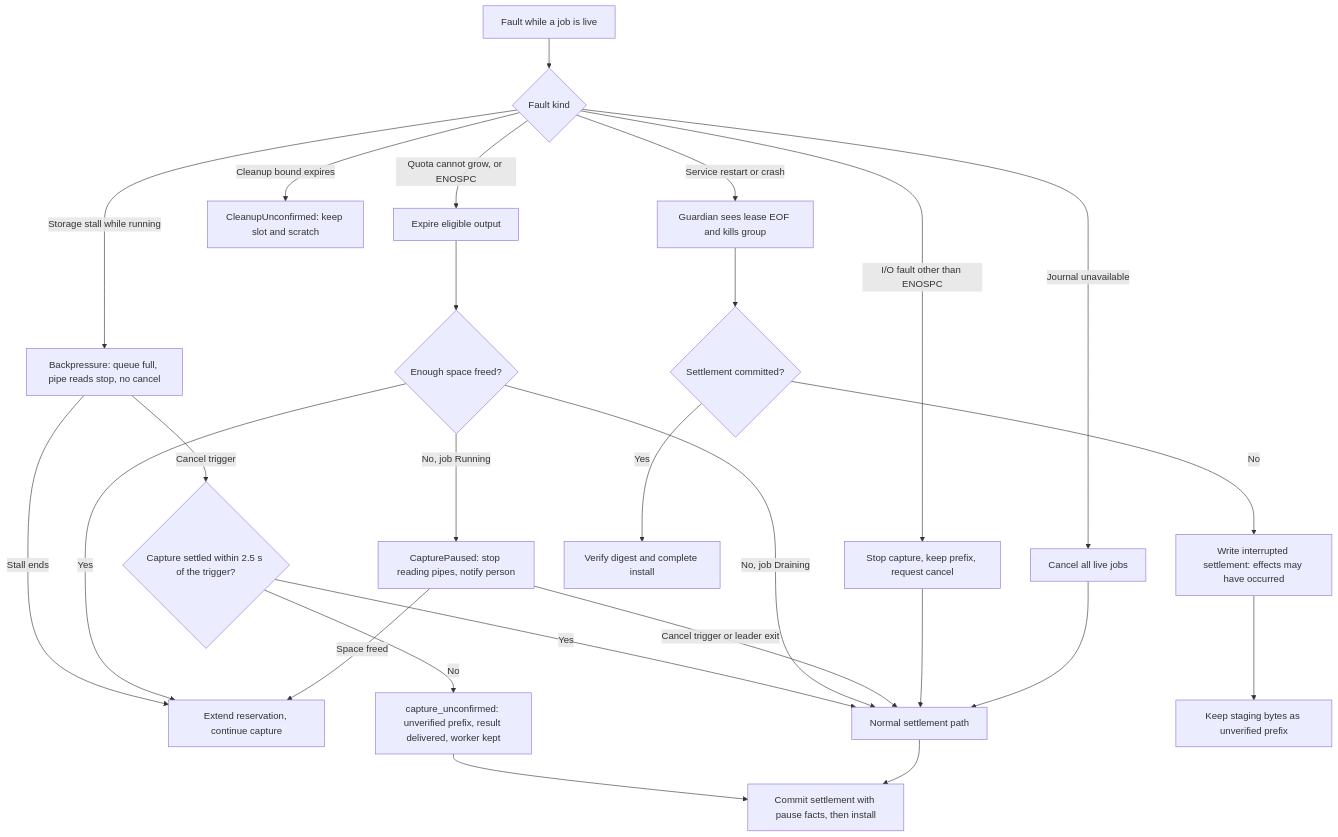
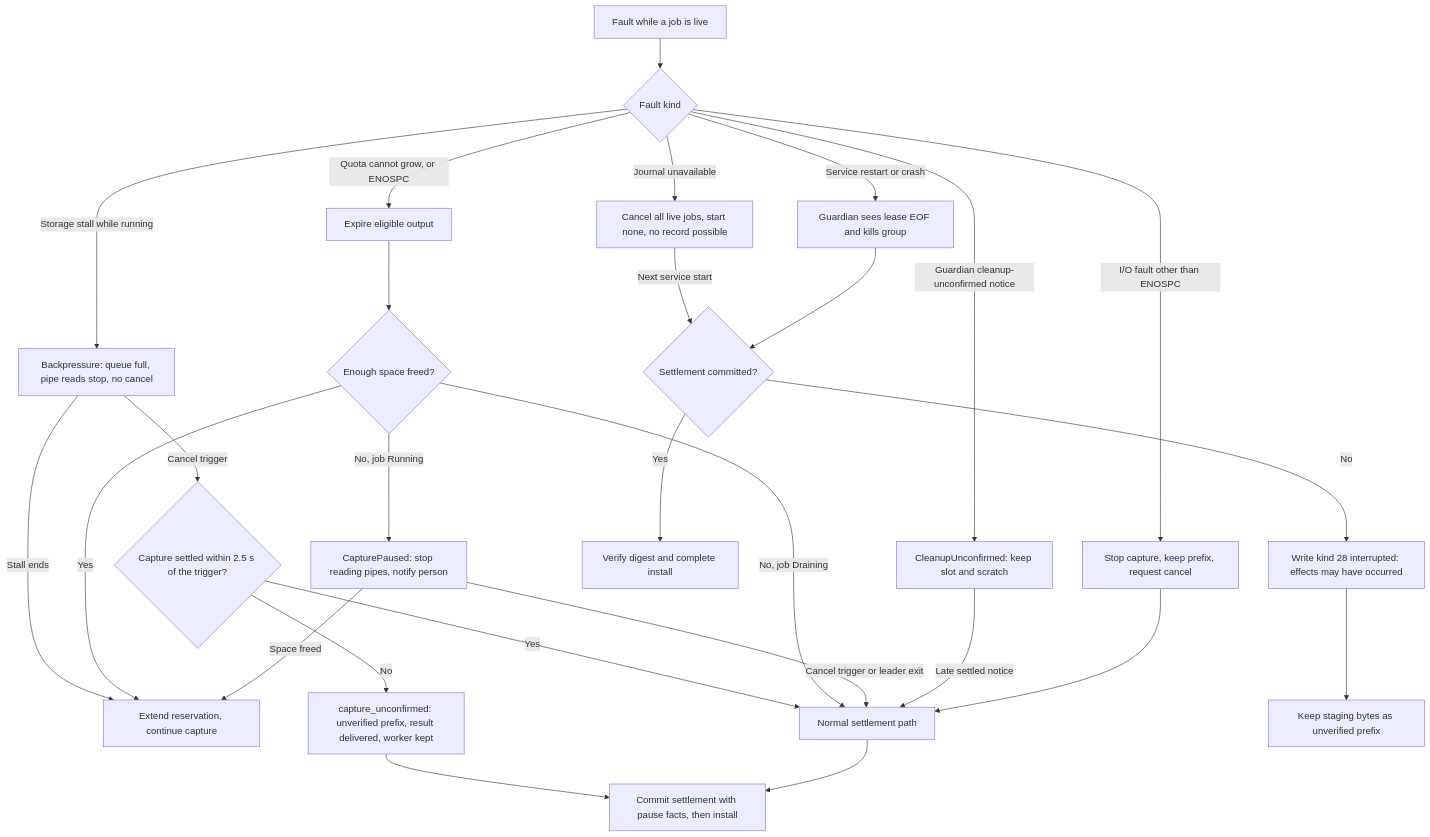
The fifth of 15 diagrams in docs/designs/tool-job-controller.md (pidster/asura), drawn with Mermaid before and after one commit. The commit also changed other lines of this file and 11 other files, not shown here.

````diff
--- a/docs/designs/tool-job-controller.md
+++ b/docs/designs/tool-job-controller.md
@@ -766,28 +808,29 @@
 ```mermaid
 flowchart TD
     Fault[Fault while a job is live] --> Kind{Fault kind}
     Kind -->|Storage stall while running| Back[Backpressure: queue full, pipe reads stop, no cancel]
     Back -->|Stall ends| Continue
     Back -->|Cancel trigger| Bound{Capture settled within 2.5 s of the trigger?}
     Bound -->|Yes| Settle
     Bound -->|No| Unconf2[capture_unconfirmed: unverified prefix, result delivered, worker kept]
     Unconf2 --> Recorded
     Kind -->|I/O fault other than ENOSPC| Stall[Stop capture, keep prefix, request cancel]
-    Kind -->|Journal unavailable| Unavail[Cancel all live jobs]
+    Kind -->|Journal unavailable| Unavail[Cancel all live jobs, start none, no record possible]
     Kind -->|Quota cannot grow, or ENOSPC| Expire[Expire eligible output]
     Expire --> Freed{Enough space freed?}
     Freed -->|Yes| Continue[Extend reservation, continue capture]
     Freed -->|No, job Running| Paused[CapturePaused: stop reading pipes, notify person]
     Freed -->|No, job Draining| Settle
     Paused -->|Space freed| Continue
     Paused -->|Cancel trigger or leader exit| Settle
-    Kind -->|Cleanup bound expires| Unconf[CleanupUnconfirmed: keep slot and scratch]
+    Kind -->|Guardian cleanup-unconfirmed notice| Unconf[CleanupUnconfirmed: keep slot and scratch]
+    Unconf -->|Late settled notice| Settle
     Kind -->|Service restart or crash| Restart[Guardian sees lease EOF and kills group]
     Stall --> Settle[Normal settlement path]
-    Unavail --> Settle
+    Unavail -->|Next service start| Replay
     Settle --> Recorded[Commit settlement with pause facts, then install]
     Restart --> Replay{Settlement committed?}
     Replay -->|Yes| Install[Verify digest and complete install]
-    Replay -->|No| Interrupted[Write interrupted settlement: effects may have occurred]
+    Replay -->|No| Interrupted[Write kind 28 interrupted: effects may have occurred]
     Interrupted --> Partial[Keep staging bytes as unverified prefix]
 ```
````
